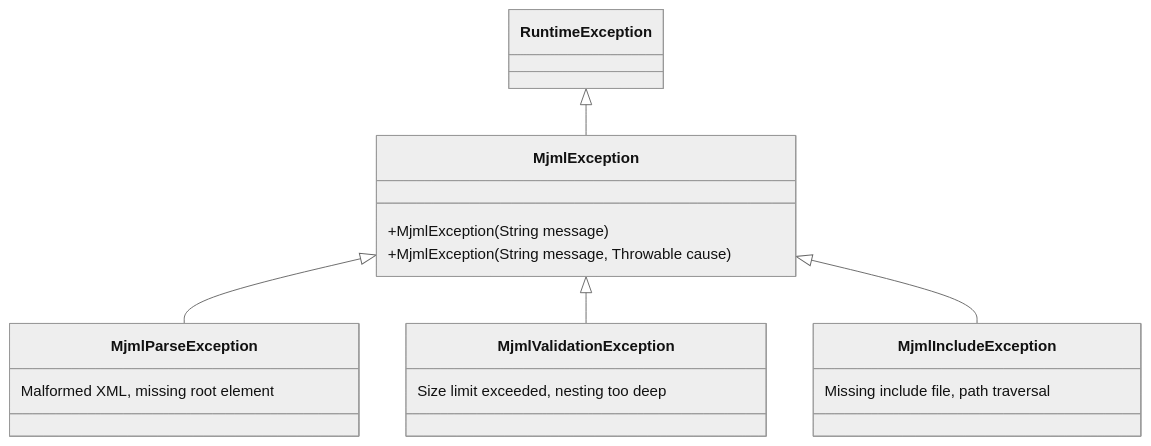
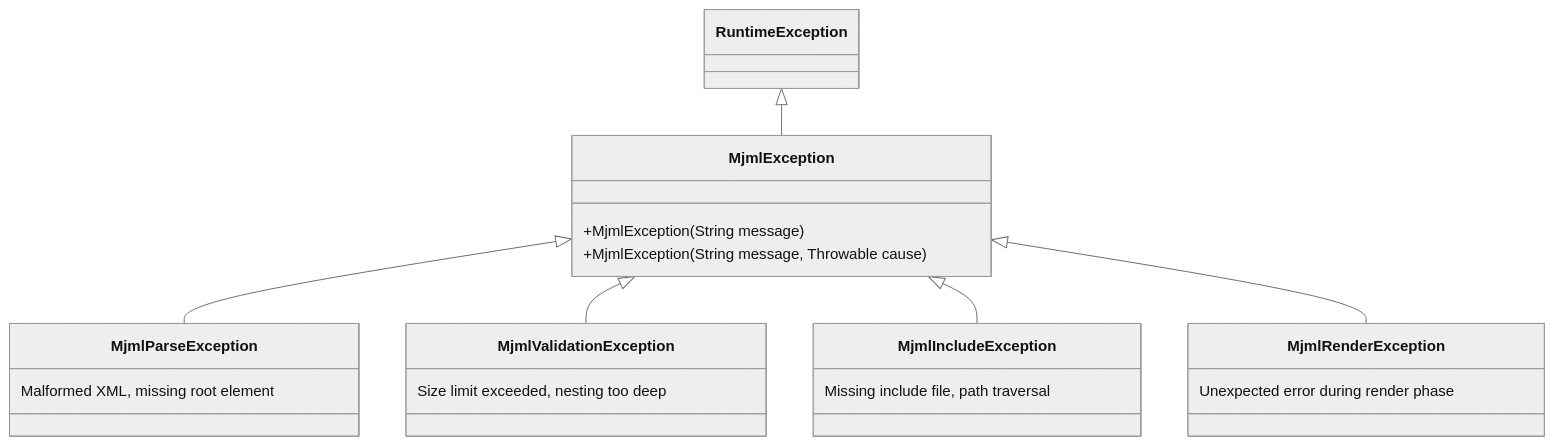
The second of 2 diagrams in docs/docs/api-reference/index.md (jcputney/mjml-java), drawn with Mermaid (neutral theme) before and after one commit. The commit also changed other lines of this file and 344 other files, not shown here.

````diff
--- a/docs/docs/api-reference/index.md
+++ b/docs/docs/api-reference/index.md
@@ -77,22 +79,26 @@
 ```mermaid
 classDiagram
     class RuntimeException
     class MjmlException {
         +MjmlException(String message)
         +MjmlException(String message, Throwable cause)
     }
     class MjmlParseException {
         Malformed XML, missing root element
     }
     class MjmlValidationException {
         Size limit exceeded, nesting too deep
     }
     class MjmlIncludeException {
         Missing include file, path traversal
     }
+    class MjmlRenderException {
+        Unexpected error during render phase
+    }
 
     RuntimeException <|-- MjmlException
     MjmlException <|-- MjmlParseException
     MjmlException <|-- MjmlValidationException
     MjmlException <|-- MjmlIncludeException
+    MjmlException <|-- MjmlRenderException
 ```
````
